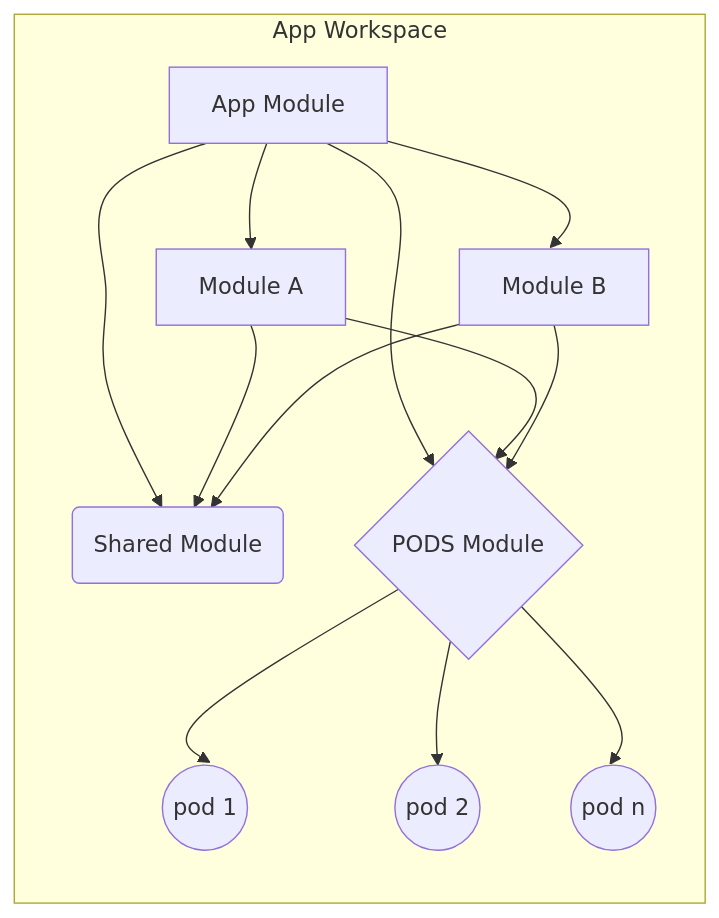
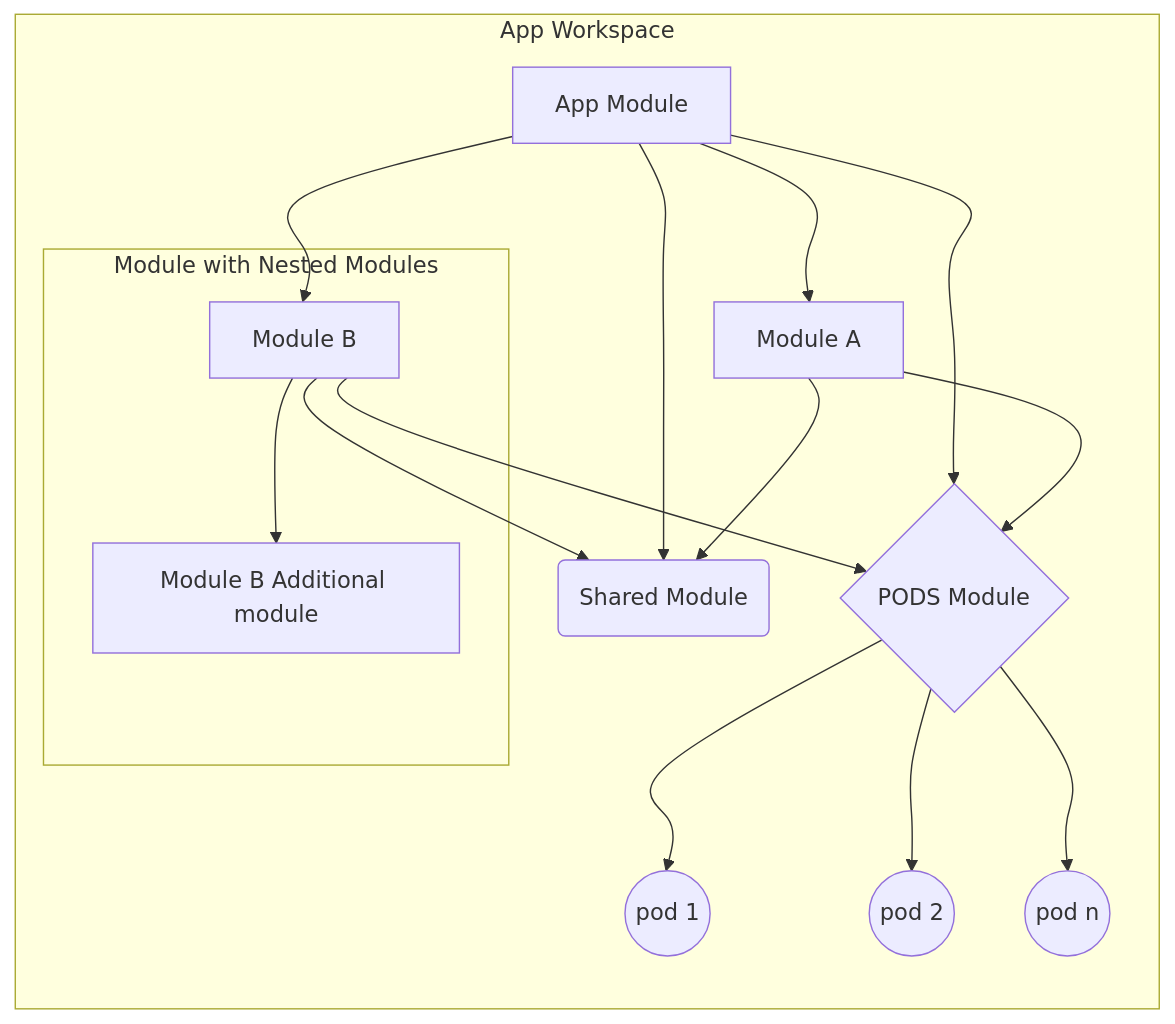
Before and after one commit to anton-alekseev-amo/modularized_test_a: the diagram in README.md, drawn with Mermaid.

Commit message:
updated readme to include nested modules

````diff
--- a/README.md
+++ b/README.md
@@ -6,11 +6,14 @@
 ```mermaid
 %%{ init: { 'flowchart': { 'curve': 'natural' } } }%%
 graph BT
 subgraph  App Workspace
 A[App Module] --> B[Module A]
 A --> C[Module B]
+subgraph Module with Nested Modules
+C --> C1[Module B Additional module]
+end
 A & B & C --> D(Shared Module)
 A & B & C --> E{PODS Module}
 E --> F((pod 1)) & G((pod 2)) & H((pod n))
 end
 ```
````
